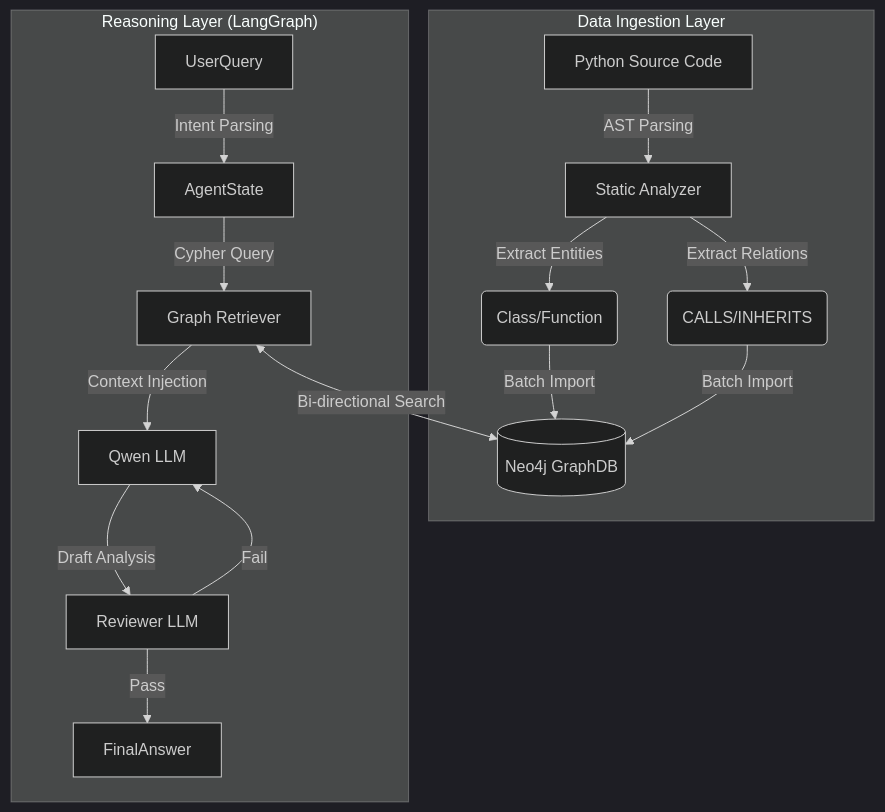
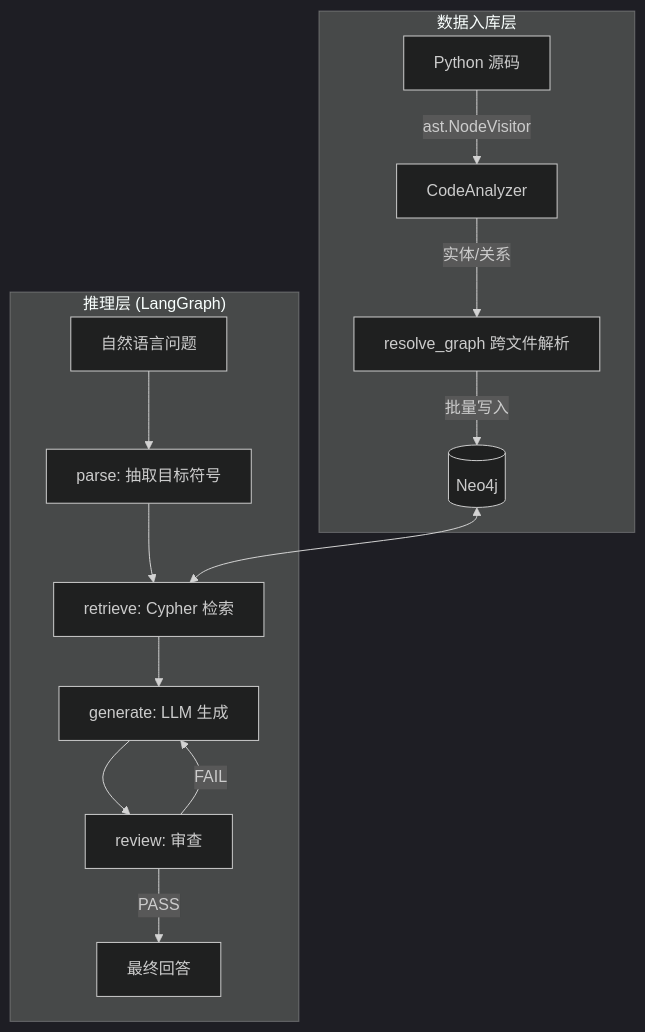
The diagram in README.md (kuangxiaoc/code-graph-pilot), drawn with Mermaid (dark theme) before and after one commit. The commit also changed other lines of this file and 9 other files, not shown here.

````diff
--- a/README.md
+++ b/README.md
@@ -25,19 +34,19 @@
 ```mermaid
 graph TD
-    subgraph "Data Ingestion Layer"
-        SourceCode[Python Source Code] -->|AST Parsing| Analyzer[Static Analyzer]
-        Analyzer -->|Extract Entities| Nodes(Class/Function)
-        Analyzer -->|Extract Relations| Edges(CALLS/INHERITS)
-        Nodes & Edges -->|Batch Import| Neo4j[(Neo4j GraphDB)]
+    subgraph Ingestion["数据入库层"]
+        Source[Python 源码] -->|ast.NodeVisitor| Analyzer[CodeAnalyzer]
+        Analyzer -->|实体/关系| Resolve[resolve_graph 跨文件解析]
+        Resolve -->|批量写入| Neo4j[(Neo4j)]
     end
 
-    subgraph "Reasoning Layer (LangGraph)"
-        UserQuery -->|Intent Parsing| AgentState
-        AgentState -->|Cypher Query| Retriever[Graph Retriever]
-        Retriever <-->|Bi-directional Search| Neo4j
-        Retriever -->|Context Injection| Generator[Qwen LLM]
-        Generator -->|Draft Analysis| Critic[Reviewer LLM]
-        Critic -- Pass --> FinalAnswer
-        Critic -- Fail --> Generator
+    subgraph Reasoning["推理层 (LangGraph)"]
+        Query[自然语言问题] --> Parse[parse: 抽取目标符号]
+        Parse --> Retrieve[retrieve: Cypher 检索]
+        Retrieve --> Generate[generate: LLM 生成]
+        Generate --> Review[review: 审查]
+        Review -- PASS --> Answer[最终回答]
+        Review -- FAIL --> Generate
     end
+
+    Neo4j <--> Retrieve
 ```
````
